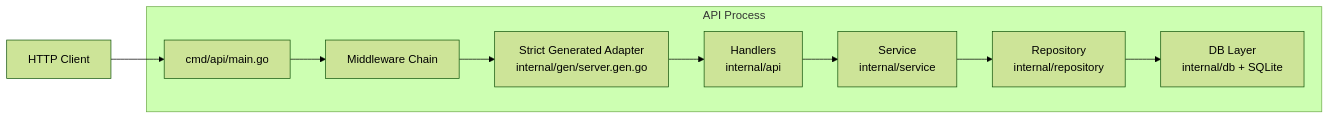
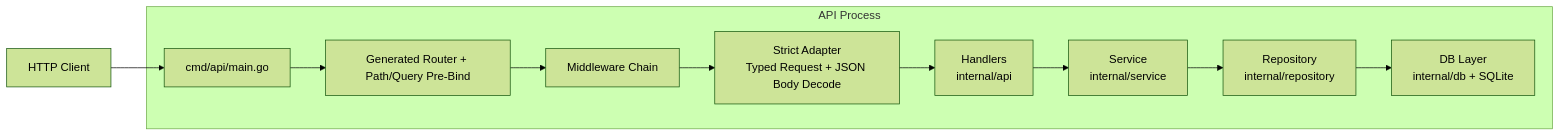
The diagram in ARCHITECTURE.md (esgn/go-rest-api-example), drawn with Mermaid (forest theme) before and after one commit. The commit also changed other lines of this file and 1 other file, not shown here.

````diff
--- a/ARCHITECTURE.md
+++ b/ARCHITECTURE.md
@@ -33,16 +33,17 @@
 ```mermaid
 flowchart LR
     client[HTTP Client]
 
     subgraph api[API Process]
         main[cmd/api/main.go]
+        prebind[Generated Router + Path/Query Pre-Bind]
         mw[Middleware Chain]
-        gen[Strict Generated Adapter<br/>internal/gen/server.gen.go]
+        strict[Strict Adapter<br/>Typed Request + JSON Body Decode]
         handlers[Handlers<br/>internal/api]
         service[Service<br/>internal/service]
         repo[Repository<br/>internal/repository]
         db[DB Layer<br/>internal/db + SQLite]
     end
 
-    client --> main --> mw --> gen --> handlers --> service --> repo --> db
+    client --> main --> prebind --> mw --> strict --> handlers --> service --> repo --> db
 ```
````
